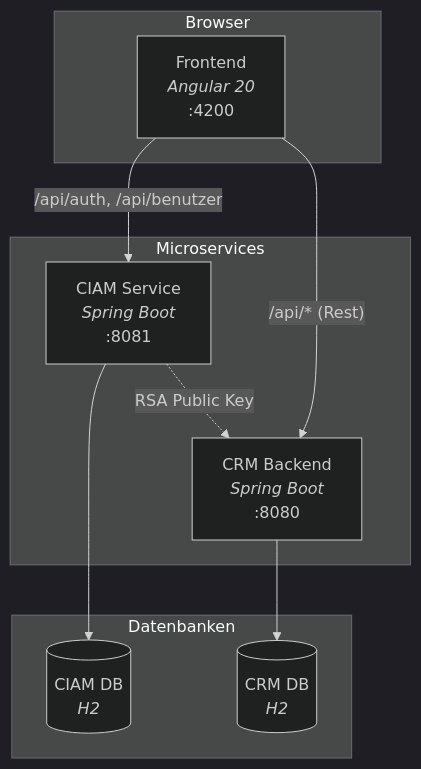
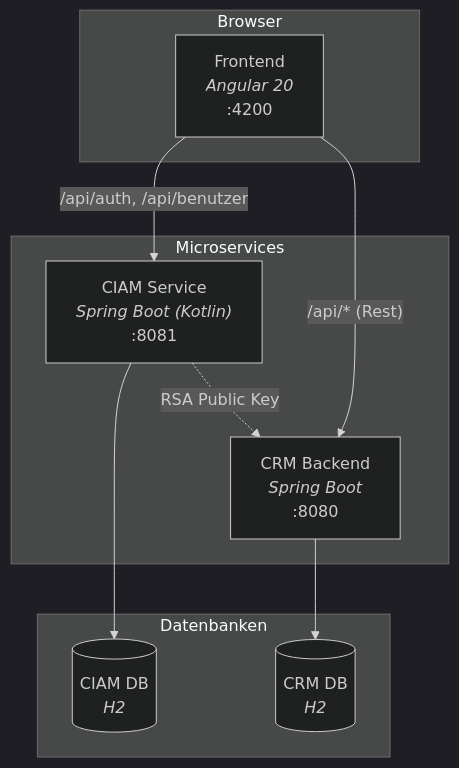
Before and after one commit to atra-consulting/coding-with-ai-lab: the first of 2 diagrams in docs/prds/009-ciam-microservice.md, drawn with Mermaid (dark theme). The commit also changed 70 other files, not shown here.

First line of the commit message:
feat: port CIAM microservice from Java to Kotlin

````diff
--- a/docs/prds/009-ciam-microservice.md
+++ b/docs/prds/009-ciam-microservice.md
@@ -30,22 +30,22 @@
 ```mermaid
 graph TB
     subgraph Browser
         FE["Frontend<br/><i>Angular 20</i><br/>:4200"]
     end
 
     subgraph "Microservices"
-        CIAM["CIAM Service<br/><i>Spring Boot</i><br/>:8081"]
+        CIAM["CIAM Service<br/><i>Spring Boot (Kotlin)</i><br/>:8081"]
         CRM["CRM Backend<br/><i>Spring Boot</i><br/>:8080"]
     end
 
     subgraph "Datenbanken"
         CIAMDB[("CIAM DB<br/><i>H2</i>")]
         CRMDB[("CRM DB<br/><i>H2</i>")]
     end
 
     FE -- "/api/auth, /api/benutzer" --> CIAM
     FE -- "/api/* (Rest)" --> CRM
     CIAM --> CIAMDB
     CRM --> CRMDB
     CIAM -. "RSA Public Key" .-> CRM
 ```
````
